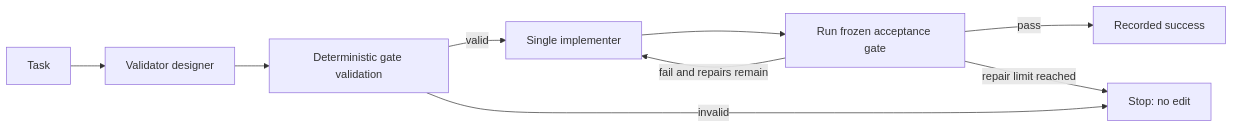
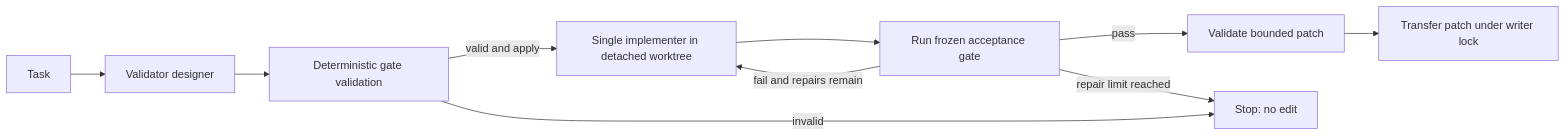
One commit to dreski3/alter_spawner changed the fifth of 6 diagrams in WORKFLOWS.md. Above: the diagram before and after it, drawn with Mermaid. The commit also changed other lines of this file and 9 other files, not shown here.

Commit message:
Add isolated validate apply workflow

````diff
--- a/WORKFLOWS.md
+++ b/WORKFLOWS.md
@@ -256,11 +256,12 @@
 ```mermaid
 flowchart LR
   T[Task] --> D[Validator designer]
   D --> G[Deterministic gate validation]
-  G -->|valid| I[Single implementer]
+  G -->|valid and apply| I[Single implementer in detached worktree]
   I --> X[Run frozen acceptance gate]
-  X -->|pass| S[Recorded success]
+  X -->|pass| P[Validate bounded patch]
+  P --> S[Transfer patch under writer lock]
   X -->|fail and repairs remain| I
   G -->|invalid| F[Stop: no edit]
   X -->|repair limit reached| F
 ```
````
